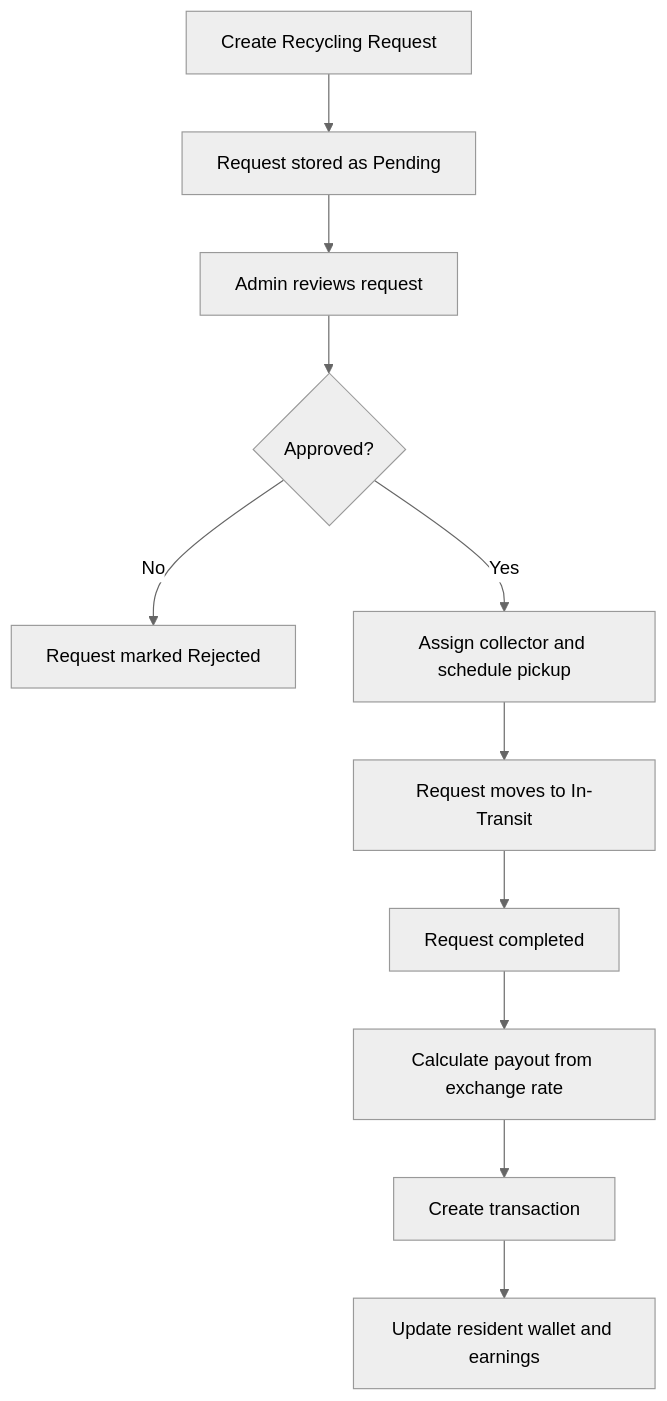
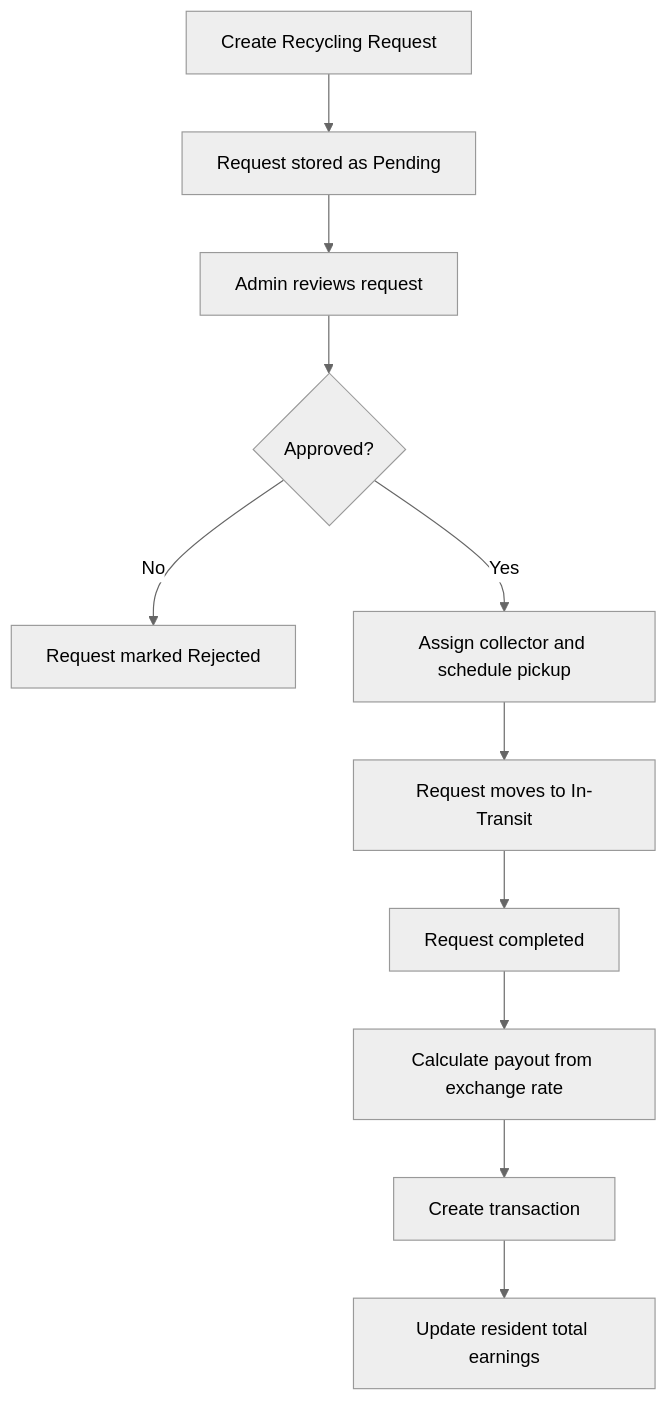
The third of 4 diagrams in SYSTEM_ARCHITECTURE.md (recytechewaste/recytech-web), drawn with Mermaid (neutral theme) before and after one commit. The commit also changed other lines of this file and 10 other files, not shown here.

````diff
--- a/SYSTEM_ARCHITECTURE.md
+++ b/SYSTEM_ARCHITECTURE.md
@@ -113,13 +112,13 @@
 ```mermaid
 flowchart TD
     A[Create Recycling Request] --> B[Request stored as Pending]
     B --> C[Admin reviews request]
     C --> D{Approved?}
     D -- No --> E[Request marked Rejected]
     D -- Yes --> F[Assign collector and schedule pickup]
     F --> G[Request moves to In-Transit]
     G --> H[Request completed]
     H --> I[Calculate payout from exchange rate]
     I --> J[Create transaction]
-    J --> K[Update resident wallet and earnings]
+    J --> K[Update resident total earnings]
 ```
````
